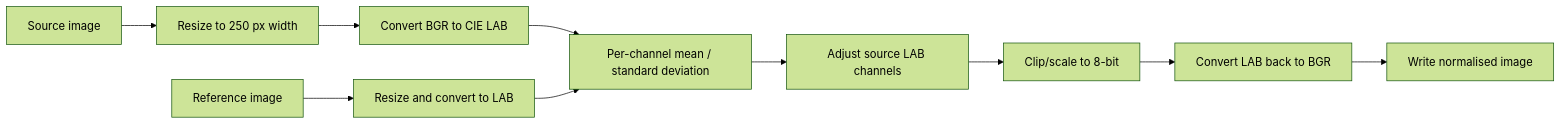
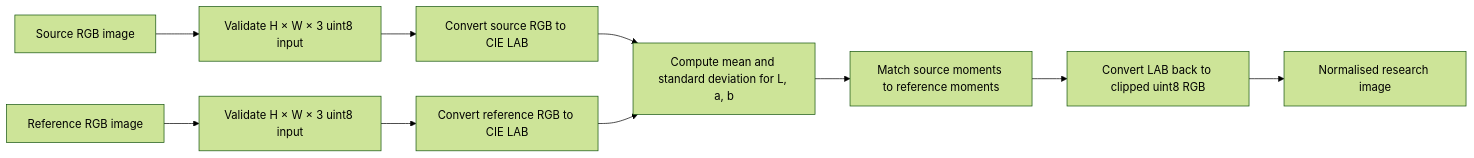
The first of 3 diagrams in 09-histology-color-normalization/README.md (CHAITANYA-2002/machine-learning-projects), drawn with Mermaid (forest theme) before and after one commit. The commit also changed other lines of this file and 109 other files, not shown here.

````diff
--- a/09-histology-color-normalization/README.md
+++ b/09-histology-color-normalization/README.md
@@ -39,12 +38,12 @@
 ```mermaid
 flowchart LR
-    A[Source image] --> B[Resize to 250 px width]
-    B --> C[Convert BGR to CIE LAB]
-    R[Reference image] --> S[Resize and convert to LAB]
-    C --> D[Per-channel mean / standard deviation]
-    S --> D
-    D --> E[Adjust source LAB channels]
-    E --> F[Clip/scale to 8-bit]
-    F --> G[Convert LAB back to BGR]
-    G --> H[Write normalised image]
+    S[Source RGB image] --> V[Validate H × W × 3 uint8 input]
+    R[Reference RGB image] --> V2[Validate H × W × 3 uint8 input]
+    V --> L1[Convert source RGB to CIE LAB]
+    V2 --> L2[Convert reference RGB to CIE LAB]
+    L1 --> M[Compute mean and standard deviation for L, a, b]
+    L2 --> M
+    M --> T[Match source moments to reference moments]
+    T --> C[Convert LAB back to clipped uint8 RGB]
+    C --> O[Normalised research image]
 ```
````
